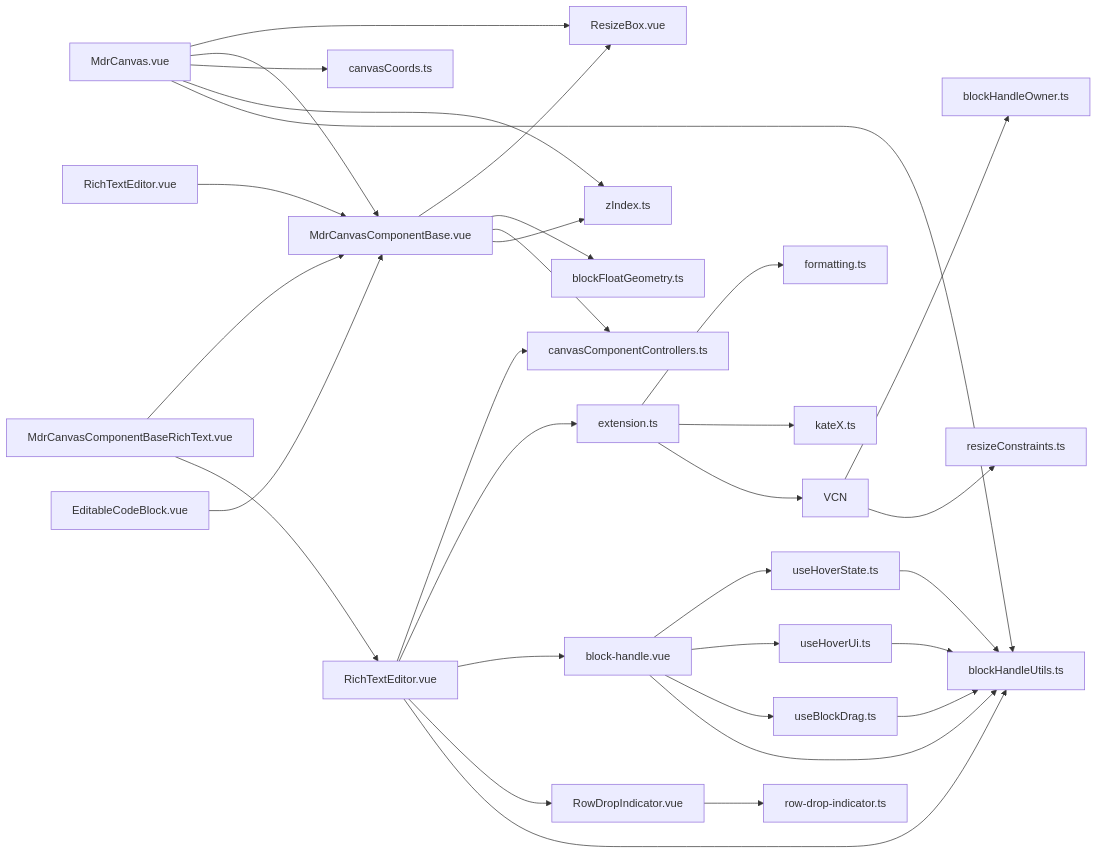
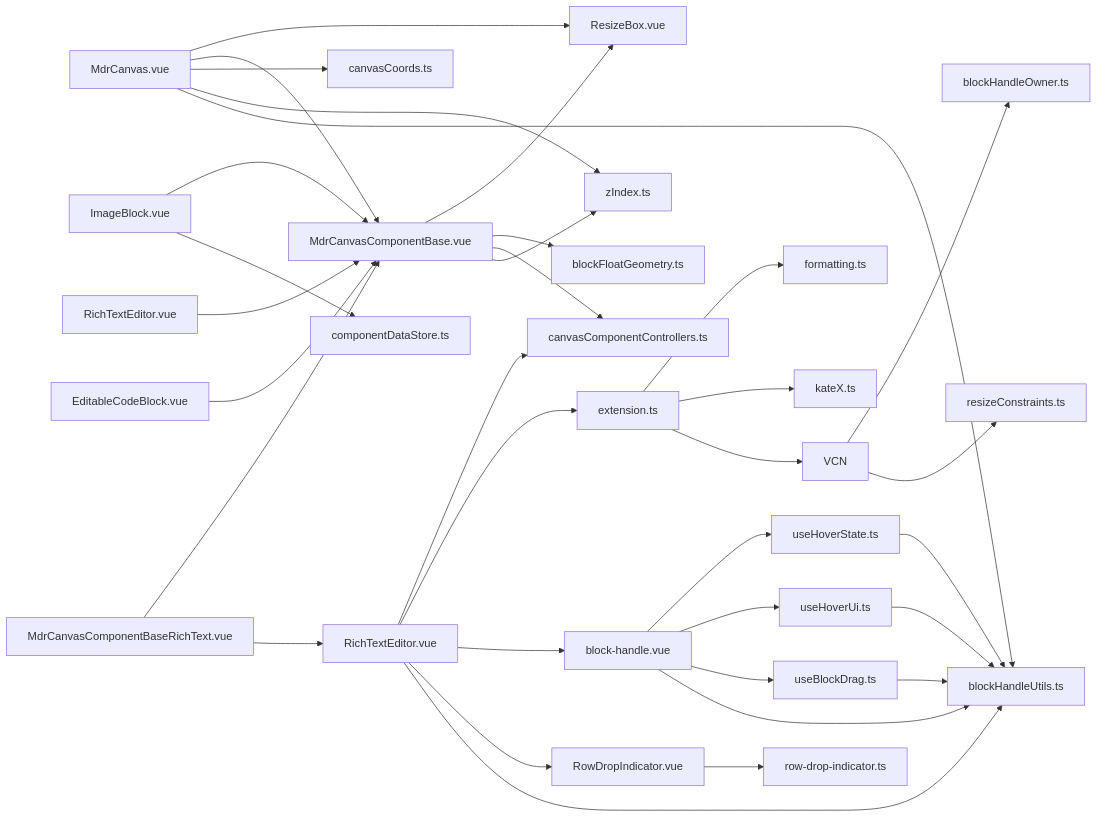
The second of 2 diagrams in src/docs/flow/00-architecture.md (LogicAurora/Mindrizzle), drawn with Mermaid before and after one commit. The commit also changed other lines of this file and 9 other files, not shown here.

Commit message:
feat:图片组件

````diff
--- a/src/docs/flow/00-architecture.md
+++ b/src/docs/flow/00-architecture.md
@@ -69,34 +71,36 @@
 ```mermaid
 flowchart LR
   MC["MdrCanvas.vue"] --> RB["ResizeBox.vue"]
   MC --> MCB["MdrCanvasComponentBase.vue"]
   MC --> CC["canvasCoords.ts"]
   MC --> ZI["zIndex.ts"]
   MC --> BHU["blockHandleUtils.ts"]
   MCB --> RB
   MCB --> GEO["blockFloatGeometry.ts"]
   MCB --> CTRL["canvasComponentControllers.ts"]
   MCB --> ZI
   RTE_B["MdrCanvasComponentBaseRichText.vue"] --> MCB
   RTE_B --> RTE["RichTextEditor.vue"]
   COD["RichTextEditor.vue"] --> MCB
   RTE --> CTRL
   CODE["EditableCodeBlock.vue"] --> MCB
+  IMG["ImageBlock.vue"] --> MCB
+  IMG --> CDS["componentDataStore.ts"]
   VCN --> BHO["blockHandleOwner.ts"]
   VCN --> RS["resizeConstraints.ts"]
   RTE["RichTextEditor.vue"] --> EXT["extension.ts"]
   RTE --> BH["block-handle.vue"]
   RTE --> RDI["RowDropIndicator.vue"]
   RTE --> BHU
   EXT --> FMT["formatting.ts"]
   EXT --> KTX["kateX.ts"]
   EXT --> VCN
   BH --> UHS["useHoverState.ts"]
   BH --> UHU["useHoverUi.ts"]
   BH --> UBD["useBlockDrag.ts"]
   BH --> BHU
   UHS --> BHU
   UHU --> BHU
   UBD --> BHU
   RDI --> RDIP["row-drop-indicator.ts"]
 ```
````
